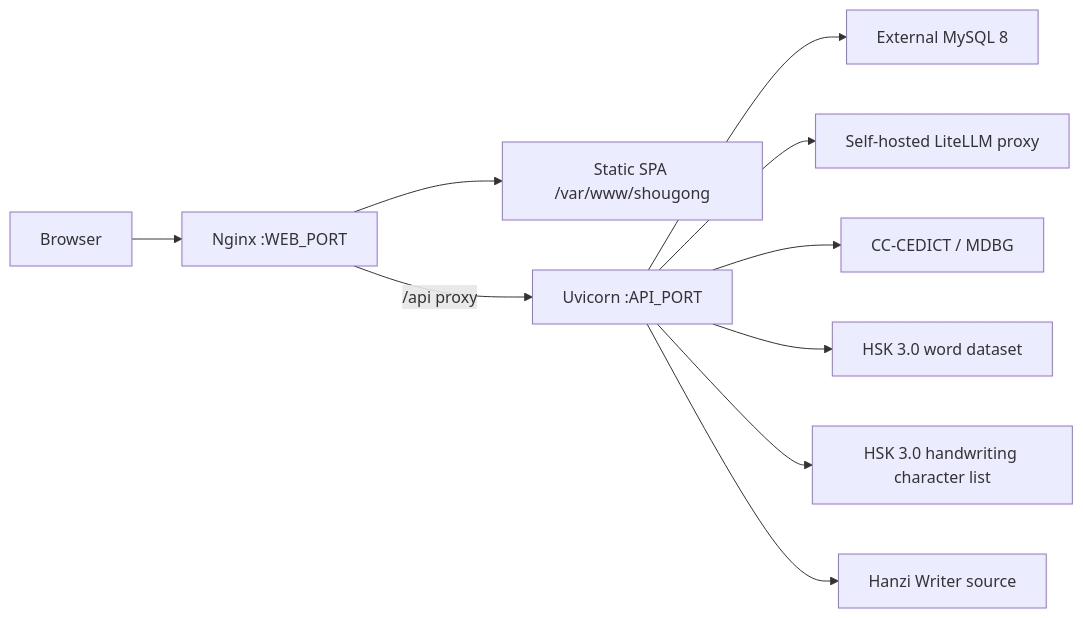
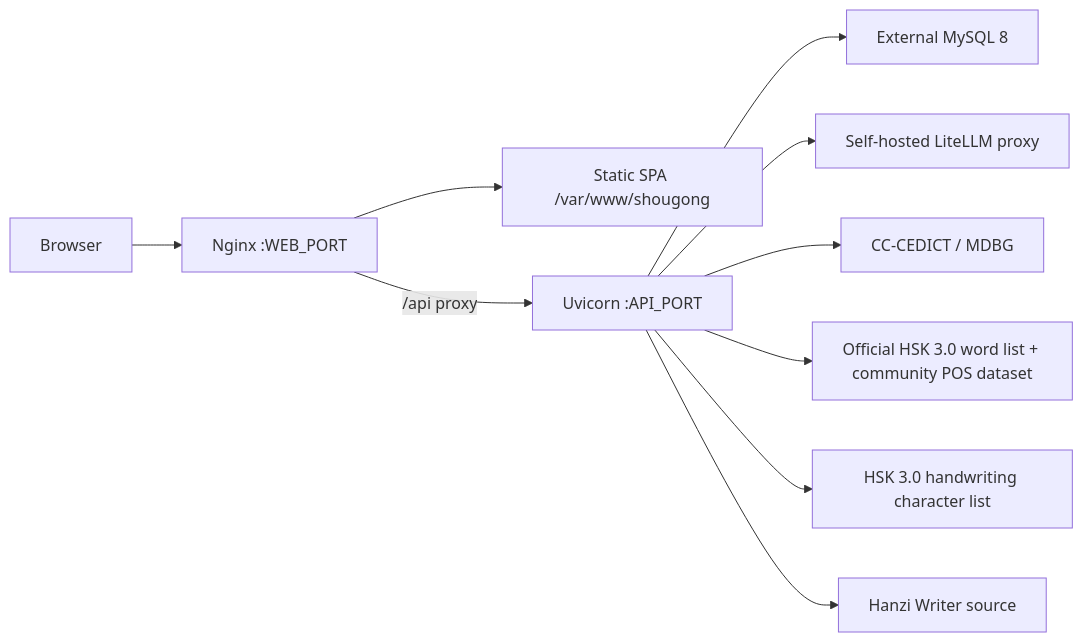
The fifth of 5 diagrams in docs/02-architecture.md (luiznaac/shougong), drawn with Mermaid before and after one commit. The commit also changed other lines of this file and 29 other files, not shown here.

Commit message:
Source the HSK vocabulary level from the official HSK 3.0 list (#208)

````diff
--- a/docs/02-architecture.md
+++ b/docs/02-architecture.md
@@ -134,12 +134,12 @@
 ```mermaid
 flowchart LR
     User[Browser] --> Nginx[Nginx :WEB_PORT]
     Nginx --> SPA[Static SPA /var/www/shougong]
     Nginx -->|/api proxy| Uvicorn[Uvicorn :API_PORT]
     Uvicorn --> MySQL[External MySQL 8]
     Uvicorn --> LiteLLM[Self-hosted LiteLLM proxy]
     Uvicorn --> CEDICT[CC-CEDICT / MDBG]
-    Uvicorn --> HSK[HSK 3.0 word dataset]
+    Uvicorn --> HSK[Official HSK 3.0 word list + community POS dataset]
     Uvicorn --> HSKCHARS[HSK 3.0 handwriting character list]
     Uvicorn --> HZW[Hanzi Writer source]
 ```
````
